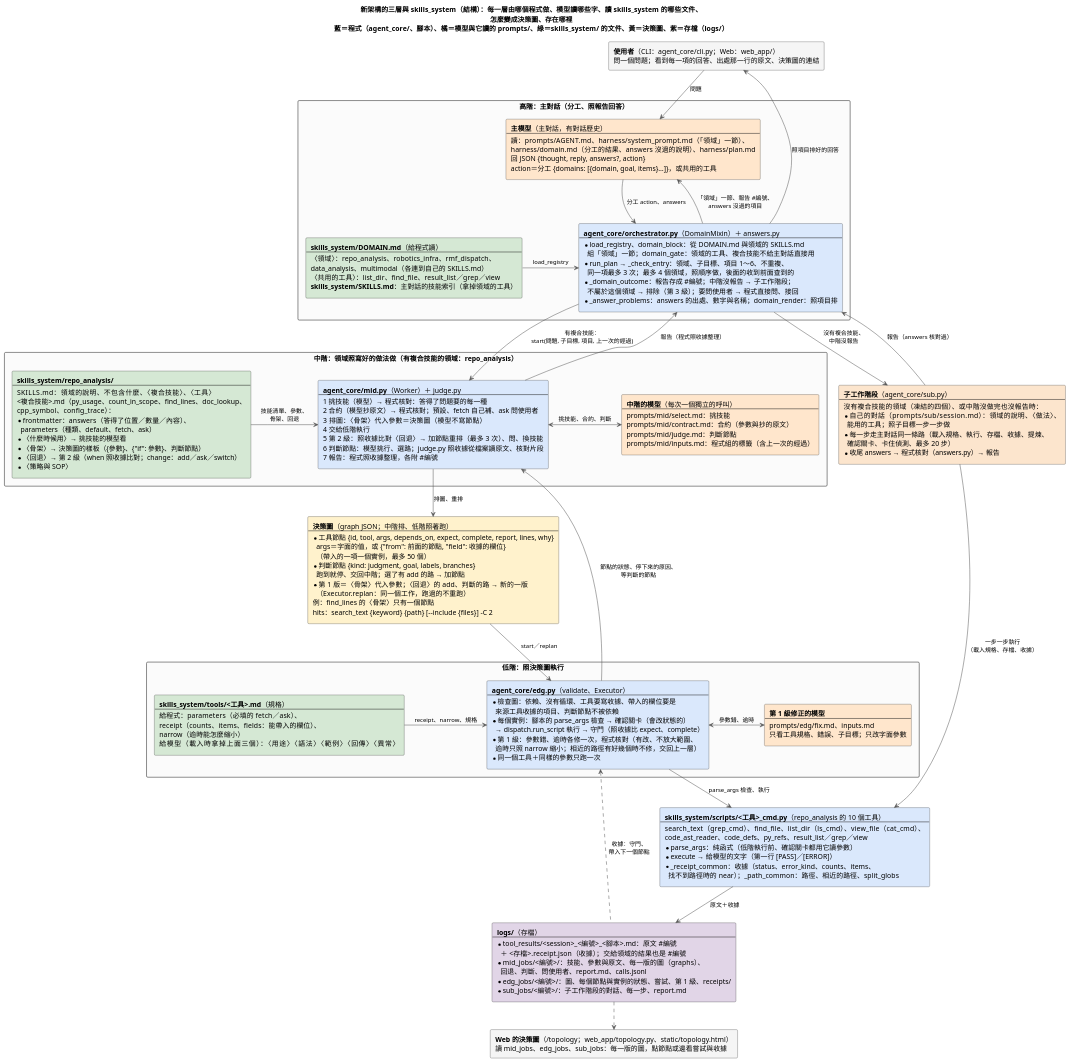
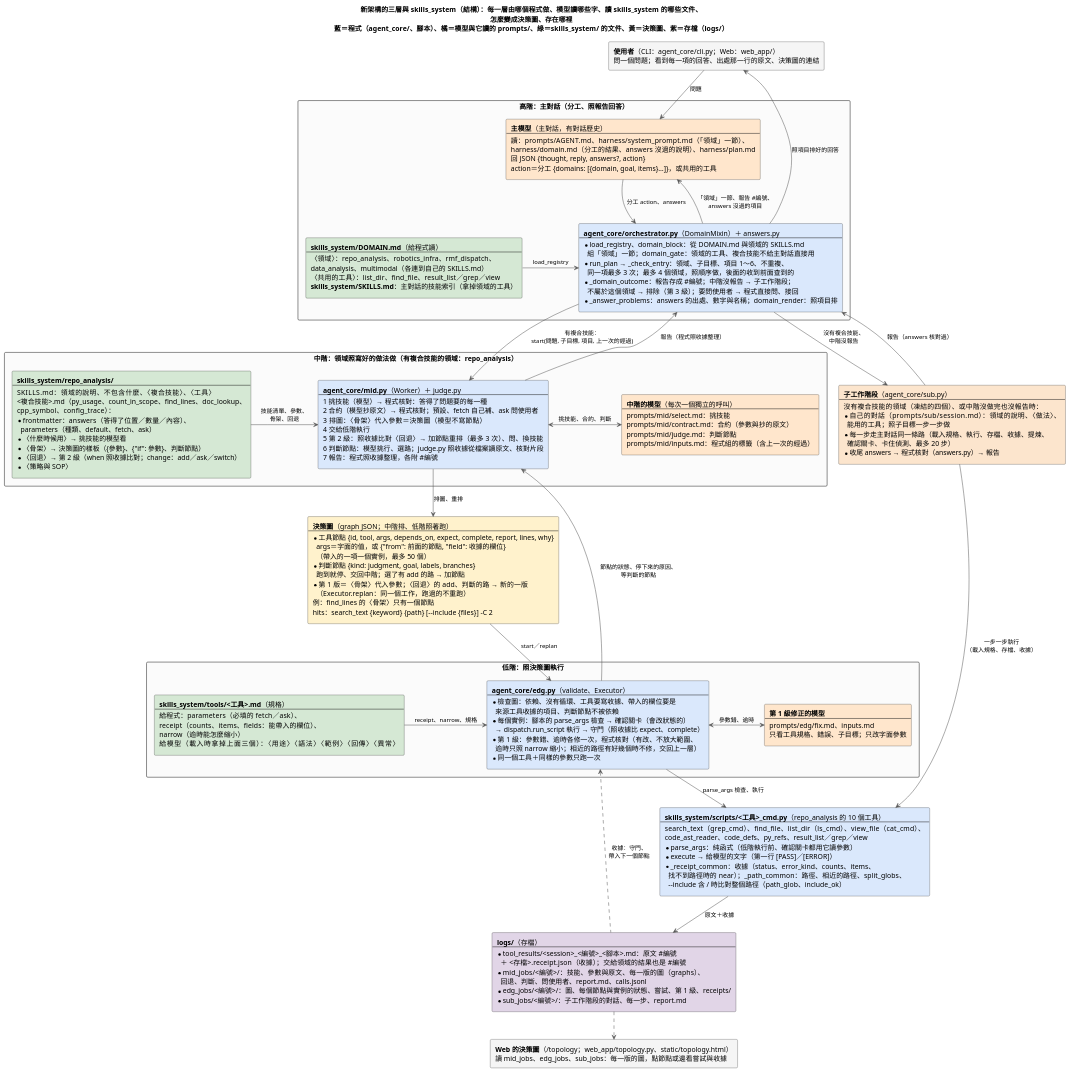
Before and after one commit to DavidZox/Coding_agnet: the diagram in doc/diagrams/新架構的三層與決策圖.puml, drawn with PlantUML. The commit also changed 20 other files, not shown here.

```diff
--- a/doc/diagrams/新架構的三層與決策圖.puml
+++ b/doc/diagrams/新架構的三層與決策圖.puml
@@ -1,185 +1,186 @@
 @startuml
 ' 新架構的三層與 skills_system（結構）：每一層由哪個程式做、模型讀哪些字、讀 skills_system 的哪些文件、怎麼變成決策圖、存在哪裡。
 ' 動態的流程（從問題到答案）見〈新架構從問題到答案的流程〉。
 skinparam RectangleWidthMax 380
 skinparam ranksep 55
 skinparam nodesep 40
 skinparam shadowing false
 skinparam defaultFontName "Microsoft JhengHei"
 skinparam ArrowFontSize 12
 skinparam ArrowColor #555555
 
 title 新架構的三層與 skills_system（結構）：每一層由哪個程式做、模型讀哪些字、讀 skills_system 的哪些文件、\n怎麼變成決策圖、存在哪裡\n藍＝程式（agent_core/、腳本）、橘＝模型與它讀的 prompts/、綠＝skills_system/ 的文件、黃＝決策圖、紫＝存檔（logs/）
 
 rectangle U #F5F5F5 [
   **使用者**（CLI：agent_core/cli.py；Web：web_app/）
   問一個問題；看到每一項的回答、出處那一行的原文、決策圖的連結
 ]
 
 rectangle "高階：主對話（分工、照報告回答）" as HIGH #FBFBFB {
   rectangle H_LLM #FFE6CC [
     **主模型**（主對話，有對話歷史）
     ----
     讀：prompts/AGENT.md、harness/system_prompt.md（「領域」一節）、
     harness/domain.md（分工的結果、answers 沒過的說明）、harness/plan.md
     回 JSON {thought, reply, answers?, action}
     action＝分工 {domains: [{domain, goal, items}…]}，或共用的工具
   ]
   rectangle H_CODE #DAE8FC [
     **agent_core/orchestrator.py**（DomainMixin）＋ answers.py
     ----
     * load_registry、domain_block：從 DOMAIN.md 與領域的 SKILLS.md
       組「領域」一節；domain_gate：領域的工具、複合技能不給主對話直接用
     * run_plan → _check_entry：領域、子目標、項目 1～6、不重複、
       同一項最多 3 次；最多 4 個領域，照順序做，後面的收到前面查到的
     * _domain_outcome：報告存成 #編號；中階沒報告 → 子工作階段；
       不屬於這個領域 → 排除（第 3 級）；要問使用者 → 程式直接問、接回
     * _answer_problems：answers 的出處、數字與名稱；domain_render：照項目排
   ]
   rectangle H_DOC #D5E8D4 [
     **skills_system/DOMAIN.md**（給程式讀）
     ----
     〈領域〉：repo_analysis、robotics_infra、rmf_dispatch、
     data_analysis、multimodal（各連到自己的 SKILLS.md）
     〈共用的工具〉：list_dir、find_file、result_list／grep／view
     **skills_system/SKILLS.md**：主對話的技能索引（拿掉領域的工具）
   ]
 }
 
 rectangle "中階：領域照寫好的做法做（有複合技能的領域：repo_analysis）" as MID #FBFBFB {
   rectangle M_DOC #D5E8D4 [
     **skills_system/repo_analysis/**
     ----
     SKILLS.md：領域的說明、不包含什麼、〈複合技能〉、〈工具〉
     <複合技能>.md（py_usage、count_in_scope、find_lines、doc_lookup、
     cpp_symbol、config_trace）：
     * frontmatter：answers（答得了位置／數量／內容）、
       parameters（種類、default、fetch、ask）
     * 〈什麼時候用〉→ 挑技能的模型看
     * 〈骨架〉→ 決策圖的樣板（{參數}、{"if": 參數}、判斷節點）
     * 〈回退〉→ 第 2 級（when 照收據比對；change：add／ask／switch）
     * 〈策略與 SOP〉
   ]
   rectangle M_CODE #DAE8FC [
     **agent_core/mid.py**（Worker）＋ judge.py
     ----
     1 挑技能（模型）→ 程式核對：答得了問題要的每一種
     2 合約（模型抄原文）→ 程式核對；預設、fetch 自己補、ask 問使用者
     3 排圖：〈骨架〉代入參數＝決策圖（模型不寫節點）
     4 交給低階執行
     5 第 2 級：照收據比對〈回退〉→ 加節點重排（最多 3 次）、問、換技能
     6 判斷節點：模型挑行、選路；judge.py 照收據從檔案讀原文、核對片段
     7 報告：程式照收據整理，各附 #編號
   ]
   rectangle M_LLM #FFE6CC [
     **中階的模型**（每次一個獨立的呼叫）
     ----
     prompts/mid/select.md：挑技能
     prompts/mid/contract.md：合約（參數與抄的原文）
     prompts/mid/judge.md：判斷節點
     prompts/mid/inputs.md：程式組的標籤（含上一次的經過）
   ]
 }
 
 rectangle GRAPH #FFF2CC [
   **決策圖**（graph JSON；中階排、低階照著跑）
   ----
   * 工具節點 {id, tool, args, depends_on, expect, complete, report, lines, why}
     args＝字面的值，或 {"from": 前面的節點, "field": 收據的欄位}
     （帶入的一項一個實例，最多 50 個）
   * 判斷節點 {kind: judgment, goal, labels, branches}
     跑到就停、交回中階；選了有 add 的路 → 加節點
   * 第 1 版＝〈骨架〉代入參數；〈回退〉的 add、判斷的路 → 新的一版
     （Executor.replan：同一個工作，跑過的不重跑）
   例：find_lines 的〈骨架〉只有一個節點
   hits：search_text {keyword} {path} [--include {files}] -C 2
 ]
 
 rectangle "低階：照決策圖執行" as LOW #FBFBFB {
   rectangle L_CODE #DAE8FC [
     **agent_core/edg.py**（validate、Executor）
     ----
     * 檢查圖：依賴、沒有循環、工具要寫收據、帶入的欄位要是
       來源工具收據的項目、判斷節點不被依賴
     * 每個實例：腳本的 parse_args 檢查 → 確認關卡（會改狀態的）
       → dispatch.run_script 執行 → 守門（照收據比 expect、complete）
     * 第 1 級：參數錯、逾時各修一次，程式核對（有改、不放大範圍、
       逾時只照 narrow 縮小；相近的路徑有好幾個時不修，交回上一層）
     * 同一個工具＋同樣的參數只跑一次
   ]
   rectangle L_LLM #FFE6CC [
     **第 1 級修正的模型**
     ----
     prompts/edg/fix.md、inputs.md
     只看工具規格、錯誤、子目標；只改字面參數
   ]
   rectangle T_DOC #D5E8D4 [
     **skills_system/tools/<工具>.md**（規格）
     ----
     給程式：parameters（必填的 fetch／ask）、
     receipt（counts、items、fields：能帶入的欄位）、
     narrow（逾時能怎麼縮小）
     給模型（載入時拿掉上面三個）：〈用途〉〈語法〉〈範例〉〈回傳〉〈異常〉
   ]
 }
 
 rectangle SCRIPT #DAE8FC [
   **skills_system/scripts/<工具>_cmd.py**（repo_analysis 的 10 個工具）
   ----
   search_text（grep_cmd）、find_file、list_dir（ls_cmd）、view_file（cat_cmd）、
   code_ast_reader、code_defs、py_refs、result_list／grep／view
   * parse_args：純函式（低階執行前、確認關卡都用它讀參數）
   * execute → 給模型的文字（第一行 [PASS]／[ERROR]）
   * _receipt_common：收據（status、error_kind、counts、items、
-    找不到路徑時的 near）；_path_common：路徑、相近的路徑、split_globs
+    找不到路徑時的 near）；_path_common：路徑、相近的路徑、split_globs、
+    --include 含 / 時比對整個路徑（path_glob、include_ok）
 ]
 
 rectangle SUB #FCE5CD [
   **子工作階段**（agent_core/sub.py）
   ----
   沒有複合技能的領域（凍結的四個）、或中階沒做完也沒報告時：
   * 自己的對話（prompts/sub/session.md）：領域的說明、〈做法〉、
     能用的工具；照子目標一步一步做
   * 每一步走主對話同一條路（載入規格、執行、存檔、收據、提煉、
     確認關卡、卡住偵測、最多 20 步）
   * 收尾 answers → 程式核對（answers.py）→ 報告
 ]
 
 rectangle STORE #E1D5E7 [
   **logs/**（存檔）
   ----
   * tool_results/<session>_<編號>_<腳本>.md：原文 #編號
     ＋ <存檔>.receipt.json（收據）；交給領域的結果也是 #編號
   * mid_jobs/<編號>/：技能、參數與原文、每一版的圖（graphs）、
     回退、判斷、問使用者、report.md、calls.jsonl
   * edg_jobs/<編號>/：圖、每個節點與實例的狀態、嘗試、第 1 級、receipts/
   * sub_jobs/<編號>/：子工作階段的對話、每一步、report.md
 ]
 
 rectangle WEB #F5F5F5 [
   **Web 的決策圖**（/topology；web_app/topology.py、static/topology.html）
   讀 mid_jobs、edg_jobs、sub_jobs：每一版的圖，點節點或邊看嘗試與收據
 ]
 
 U -down-> H_LLM : 問題
 H_LLM -down-> H_CODE : 分工 action、answers
 H_CODE -up-> H_LLM : 「領域」一節、報告 #編號、\nanswers 沒過的項目
 H_CODE -up-> U : 照項目排好的回答
 H_DOC -right-> H_CODE : load_registry
 H_CODE -down-> M_CODE : 有複合技能：\nstart(問題, 子目標, 項目, 上一次的經過)
 H_CODE -down-> SUB : 沒有複合技能、\n中階沒報告
 M_DOC -right-> M_CODE : 技能清單、參數、\n骨架、回退
 M_CODE <-right-> M_LLM : 挑技能、合約、判斷
 M_CODE -down-> GRAPH : 排圖、重排
 GRAPH -down-> L_CODE : start／replan
 T_DOC -right-> L_CODE : receipt、narrow、規格
 L_CODE <-right-> L_LLM : 參數錯、逾時
 L_CODE -down-> SCRIPT : parse_args 檢查、執行
 SCRIPT -down-> STORE : 原文＋收據
 STORE .up.> L_CODE : 收據：守門、\n帶入下一個節點
 L_CODE -up-> M_CODE : 節點的狀態、停下來的原因、\n等判斷的節點
 M_CODE -up-> H_CODE : 報告（程式照收據整理）
 SUB -down-> SCRIPT : 一步一步執行\n（載入規格、存檔、收據）
 SUB -up-> H_CODE : 報告（answers 核對過）
 STORE .down.> WEB
 @enduml
```
